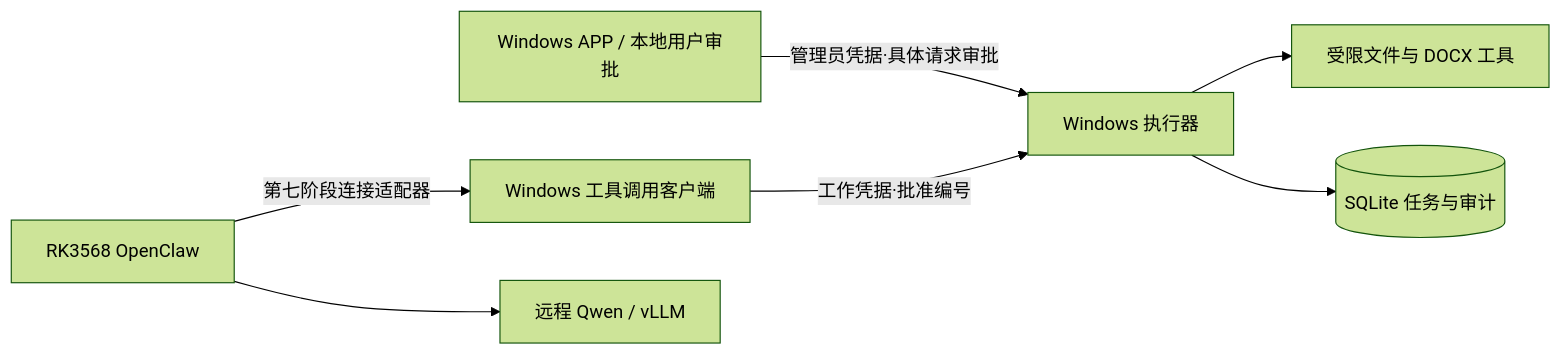
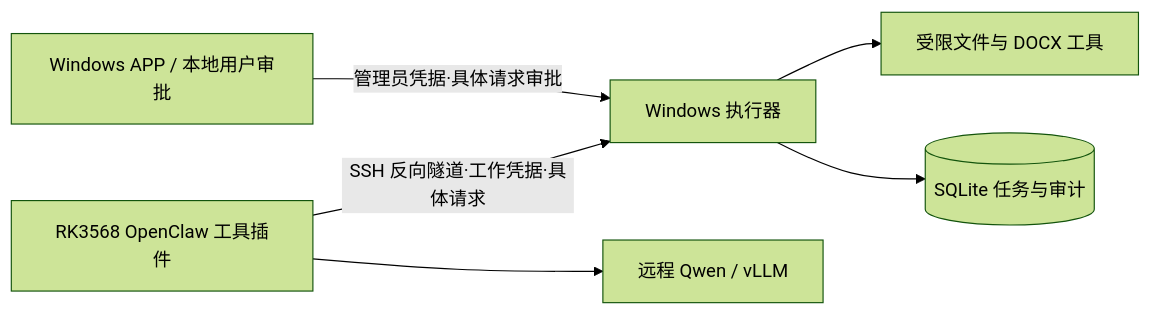
The diagram in docs/architecture/overview.md (lark-k/claw-box), drawn with Mermaid (forest theme) before and after one commit. The commit also changed other lines of this file and 34 other files, not shown here.

Commit message:
feat: connect OpenClaw Windows tools through approved SSH requests

````diff
--- a/docs/architecture/overview.md
+++ b/docs/architecture/overview.md
@@ -3,9 +3,8 @@
 ```mermaid
 flowchart LR
     App[Windows APP / 本地用户审批] -->|管理员凭据·具体请求审批| Executor[Windows 执行器]
-    Box[RK3568 OpenClaw] -->|第七阶段连接适配器| Client[Windows 工具调用客户端]
-    Client -->|工作凭据·批准编号| Executor
+    Box[RK3568 OpenClaw 工具插件] -->|SSH 反向隧道·工作凭据·具体请求| Executor
     Executor --> Tools[受限文件与 DOCX 工具]
     Executor --> DB[(SQLite 任务与审计)]
     Box --> LLM[远程 Qwen / vLLM]
 ```
````
